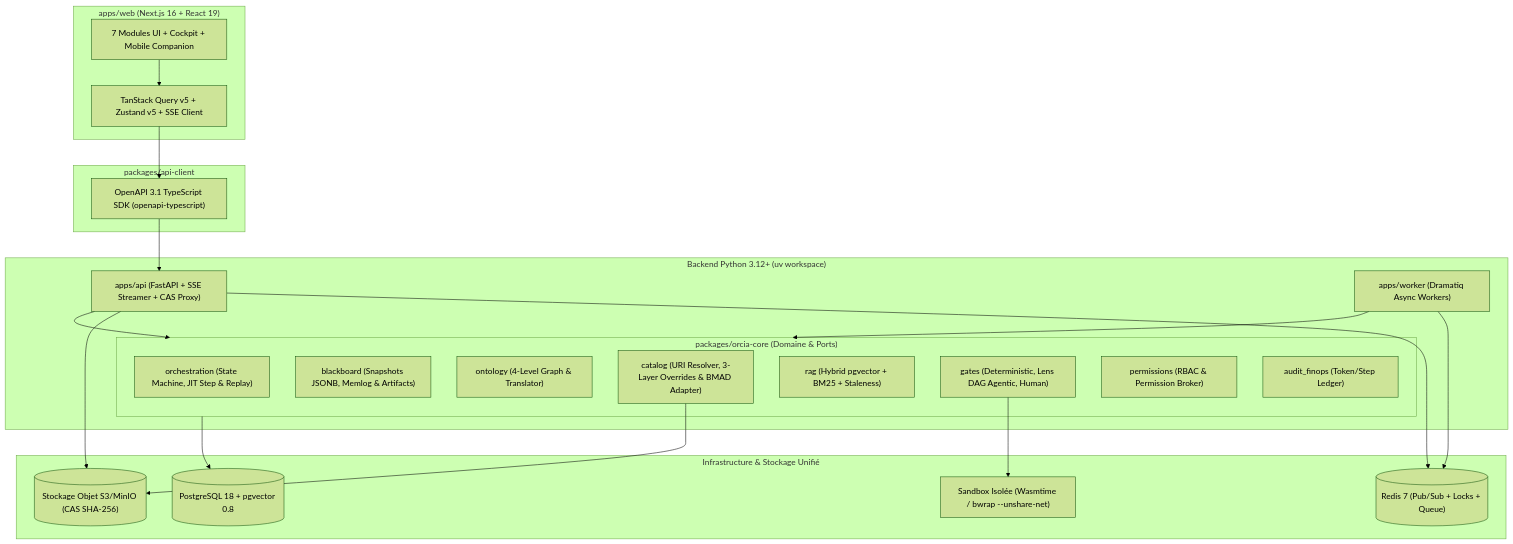
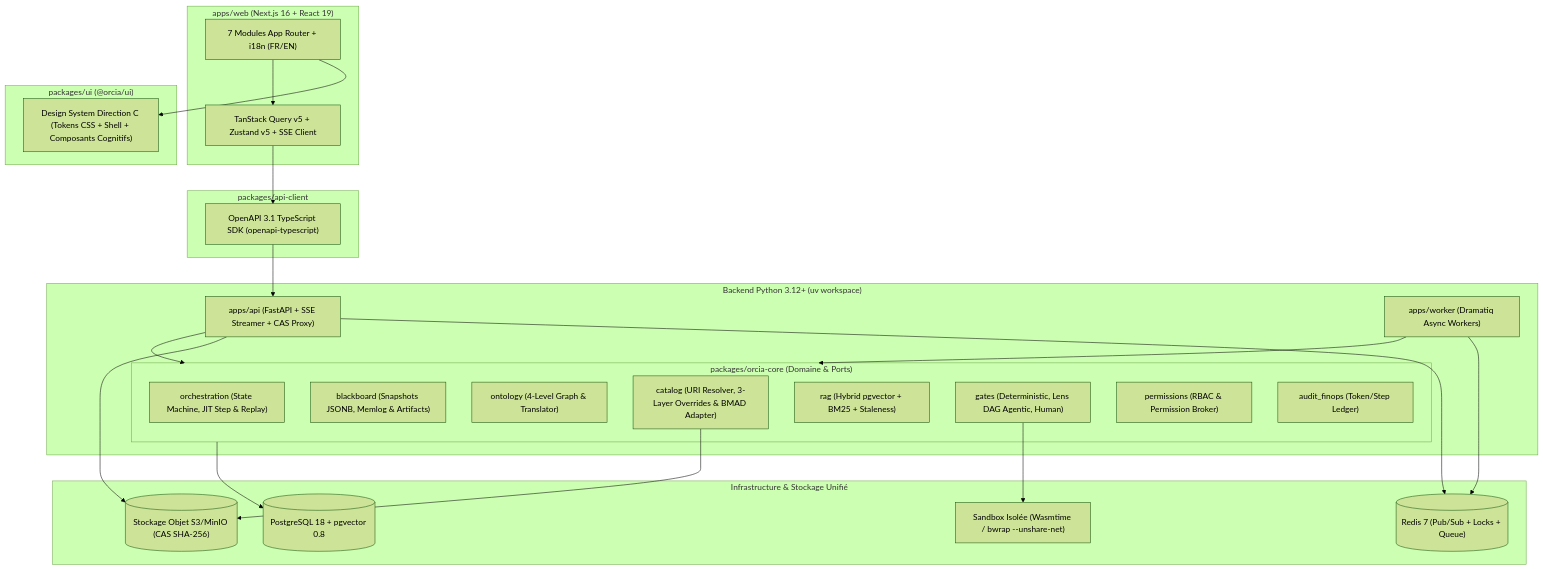
One commit to rom1es/ORCIA changed the first of 2 diagrams in docs/planning-artifacts/architecture/architecture-ORCIA-2026-10-24/ARCHITECTURE-SPINE.md. Above: the diagram before and after it, drawn with Mermaid (forest theme). The commit also changed other lines of this file and 101 other files, not shown here.

Commit message:
feat(story-1.1): bootstrap hybrid monorepo, @orcia/ui Direction C 7-module shell, i18n fr/en, and 5-layer test harness

````diff
--- a/docs/planning-artifacts/architecture/architecture-ORCIA-2026-10-24/ARCHITECTURE-SPINE.md
+++ b/docs/planning-artifacts/architecture/architecture-ORCIA-2026-10-24/ARCHITECTURE-SPINE.md
@@ -32,45 +32,50 @@
 ```mermaid
 flowchart TD
     subgraph Web["apps/web (Next.js 16 + React 19)"]
-        UI["7 Modules UI + Cockpit + Mobile Companion"]
+        Routes["7 Modules App Router + i18n (FR/EN)"]
         State["TanStack Query v5 + Zustand v5 + SSE Client"]
+    end
+
+    subgraph DesignSystem["packages/ui (@orcia/ui)"]
+        DS["Design System Direction C (Tokens CSS + Shell + Composants Cognitifs)"]
     end
 
     subgraph Contracts["packages/api-client"]
         OAS["OpenAPI 3.1 TypeScript SDK (openapi-typescript)"]
     end
 
     subgraph Backend["Backend Python 3.12+ (uv workspace)"]
         API["apps/api (FastAPI + SSE Streamer + CAS Proxy)"]
         Worker["apps/worker (Dramatiq Async Workers)"]
         subgraph Core["packages/orcia-core (Domaine & Ports)"]
             Orch["orchestration (State Machine, JIT Step & Replay)"]
             BB["blackboard (Snapshots JSONB, Memlog & Artifacts)"]
             Onto["ontology (4-Level Graph & Translator)"]
             Cat["catalog (URI Resolver, 3-Layer Overrides & BMAD Adapter)"]
             RAG["rag (Hybrid pgvector + BM25 + Staleness)"]
             Gate["gates (Deterministic, Lens DAG Agentic, Human)"]
             Perm["permissions (RBAC & Permission Broker)"]
             Fin["audit_finops (Token/Step Ledger)"]
         end
     end
 
     subgraph Infra["Infrastructure & Stockage Unifié"]
         PG[("PostgreSQL 18 + pgvector 0.8")]
         Redis[("Redis 7 (Pub/Sub + Locks + Queue)")]
         CAS[("Stockage Objet S3/MinIO (CAS SHA-256)")]
         Sandbox["Sandbox Isolée (Wasmtime / bwrap --unshare-net)"]
     end
 
-    UI --> State
+    Routes --> DS
+    Routes --> State
     State --> OAS
     OAS --> API
     API --> Core
     Worker --> Core
     API --> Redis
     Worker --> Redis
     Core --> PG
     Cat --> CAS
     API --> CAS
     Gate --> Sandbox
 ```
````
